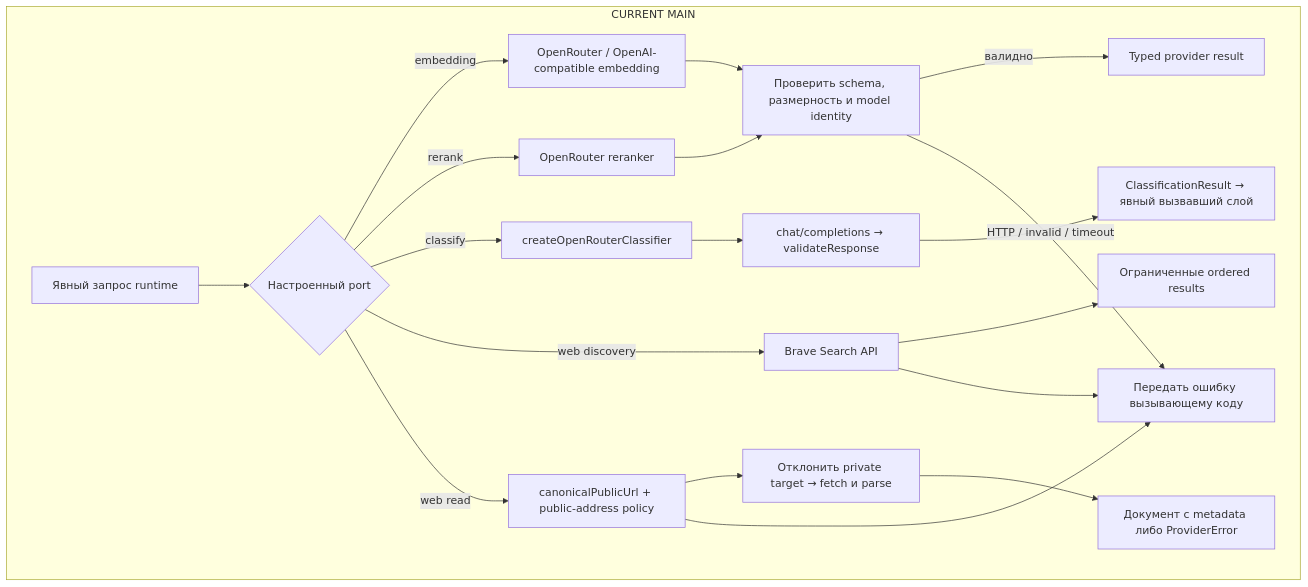
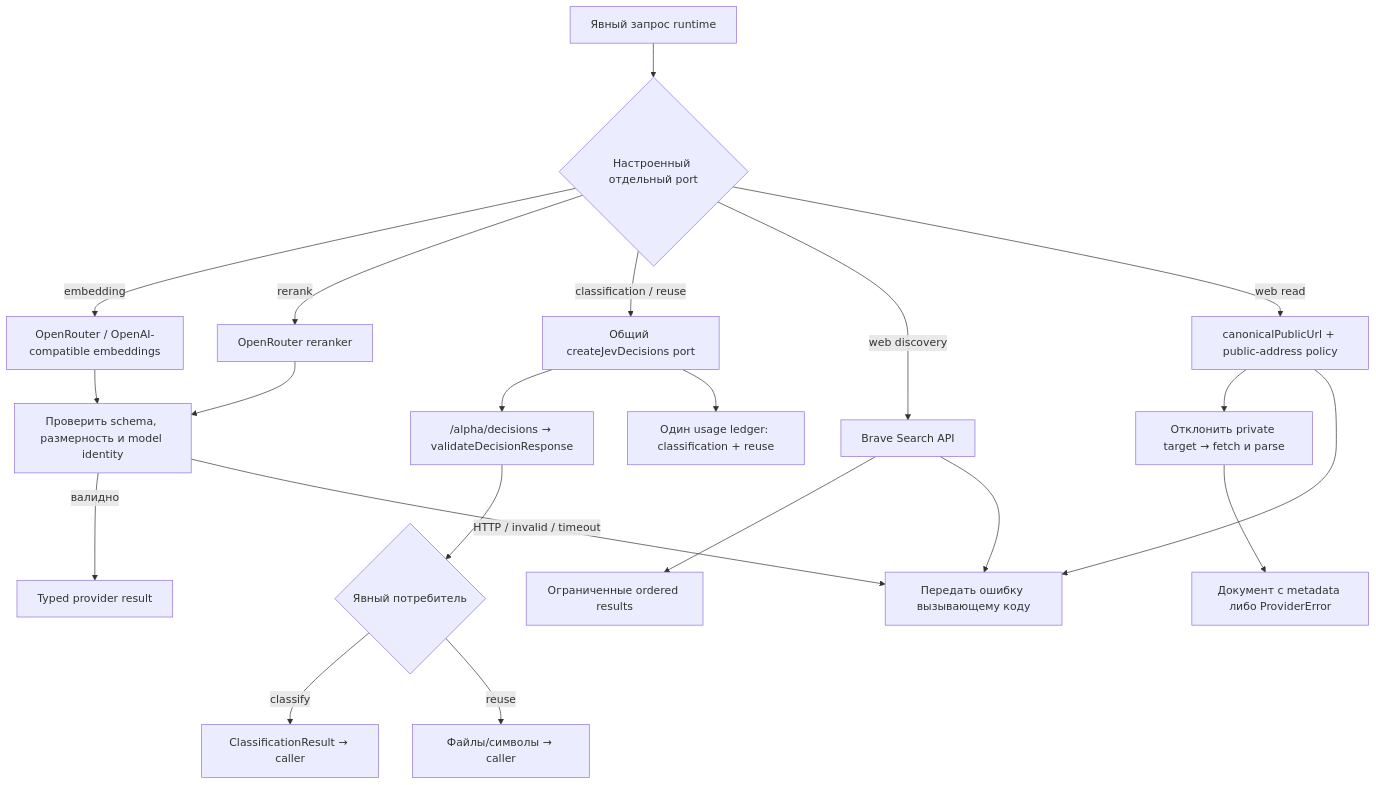
Before and after one commit to zoomplus/zorya-search: the first of 3 diagrams in src/providers/README.md, drawn with Mermaid. The commit also changed other lines of this file and 18 other files, not shown here.

Commit message:
docs(search): explain Jev reuse flow and caller-controlled integration

````diff
--- a/src/providers/README.md
+++ b/src/providers/README.md
@@ -7,22 +7,23 @@
 ```mermaid
 flowchart TD
- subgraph main["CURRENT MAIN"]
-  A["Явный запрос runtime"] --> B{"Настроенный port"}
-  B -->|"embedding"| C["OpenRouter / OpenAI-compatible embedding"]
-  B -->|"rerank"| D["OpenRouter reranker"]
-  B -->|"classify"| E["createOpenRouterClassifier"]
-  B -->|"web discovery"| F["Brave Search API"]
-  B -->|"web read"| G["canonicalPublicUrl + public-address policy"]
+ A["Явный запрос runtime"] --> B{"Настроенный отдельный port"}
+ B -->|"embedding"| C["OpenRouter / OpenAI-compatible embeddings"]
+ B -->|"rerank"| D["OpenRouter reranker"]
+ B -->|"classification / reuse"| E["Общий createJevDecisions port"]
+ B -->|"web discovery"| F["Brave Search API"]
+ B -->|"web read"| G["canonicalPublicUrl + public-address policy"]
   C --> H["Проверить schema, размерность и model identity"]
   D --> H
-  E --> I["chat/completions → validateResponse"]
-  I --> J["ClassificationResult → явный вызвавший слой"]
+  E --> I["/alpha/decisions → validateDecisionResponse"]
+  I --> J{"Явный потребитель"}
+  J -->|"classify"| J1["ClassificationResult → caller"]
+  J -->|"reuse"| J2["Файлы/символы → caller"]
+  E --> U["Один usage ledger: classification + reuse"]
   F --> K["Ограниченные ordered results"]
   G --> L["Отклонить private target → fetch и parse"]
   L --> M["Документ с metadata либо ProviderError"]
   H -->|"валидно"| N["Typed provider result"]
   H -->|"HTTP / invalid / timeout"| O["Передать ошибку вызывающему коду"]
   F --> O
   G --> O
- end
 ```
````
